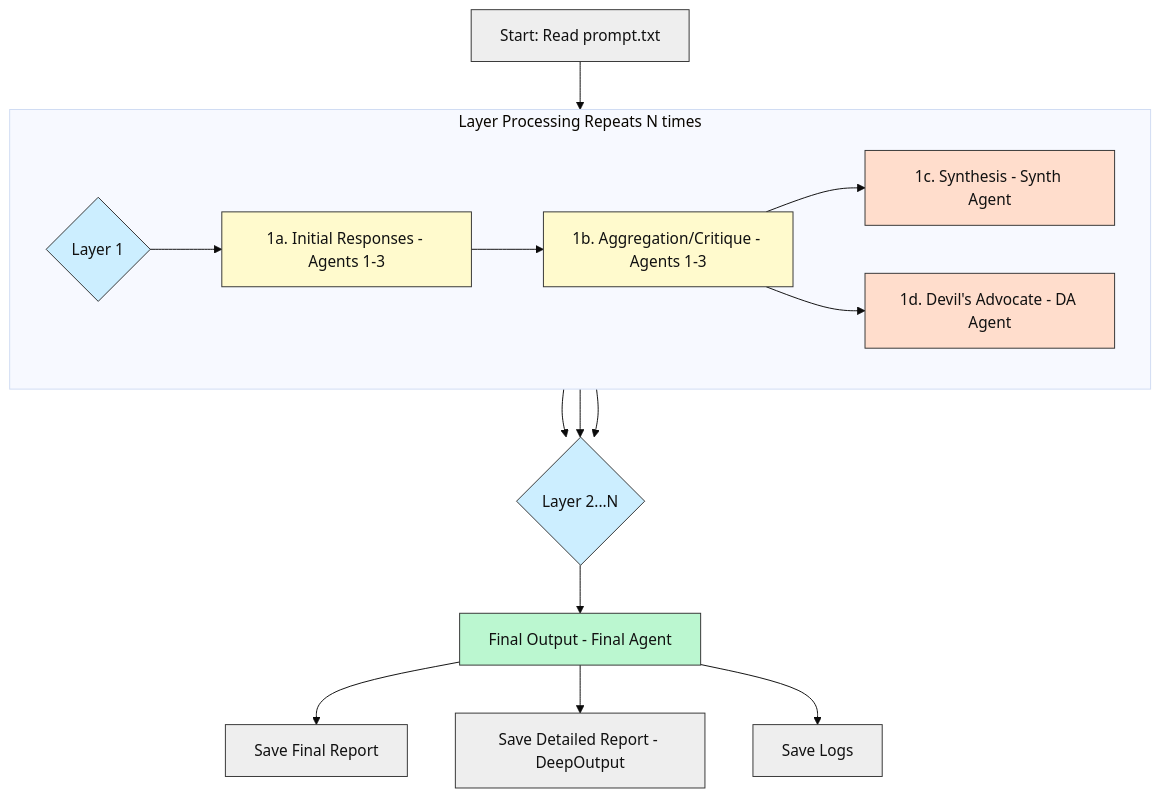
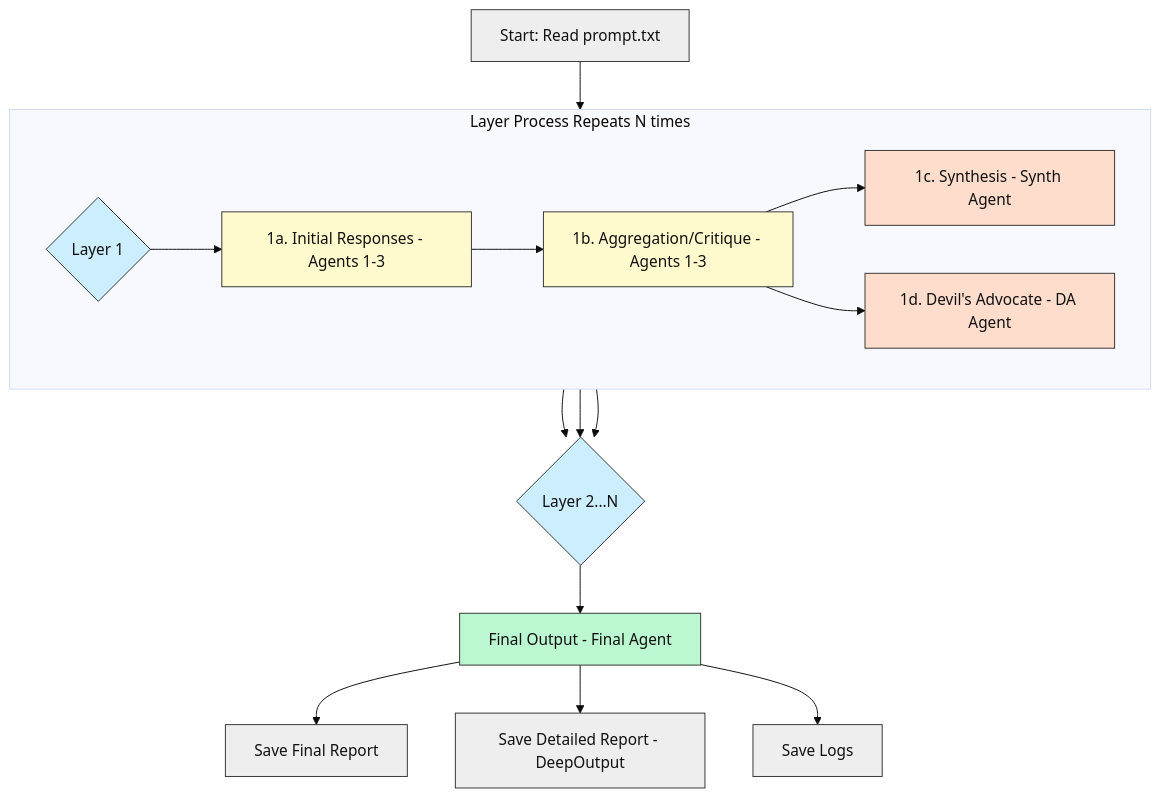
Before and after one commit to Mindrocket42/MOA-DeepOutputs: the first of 2 diagrams in README.md, drawn with Mermaid (base theme).

Commit message:
Update README.md
mermaid improvement

````diff
--- a/README.md
+++ b/README.md
@@ -164,55 +164,55 @@
 ```mermaid
 flowchart TD
 
     A[Start: Read prompt.txt] --> B{Layer 1};
 
-    subgraph Layer Processing Repeats N times
+    subgraph Layer Process Repeats N times
 
         direction LR
 
         B --> C[1a. Initial Responses - Agents 1-3];
 
         C --> D[1b. Aggregation/Critique - Agents 1-3];
 
         D --> E[1c. Synthesis - Synth Agent];
 
         D --> F[1d. Devil's Advocate - DA Agent];
 
     end
 
     B --> G{Layer 2...N};
 
     E --> G;
 
     F --> G;
 
     G --> H[Final Output - Final Agent];
 
     H --> I[Save Final Report];
 
     H --> J[Save Detailed Report - DeepOutput];
 
     H --> K[Save Logs];
 
     style A fill:#eeeeee,stroke:#333333,color:#111111
 
     style B fill:#cceeff,stroke:#333333,color:#111111
 
     style G fill:#cceeff,stroke:#333333,color:#111111
 
     style C fill:#fffacd,stroke:#333333,color:#111111
 
     style D fill:#fffacd,stroke:#333333,color:#111111
 
     style E fill:#ffddcc,stroke:#333333,color:#111111
 
     style F fill:#ffddcc,stroke:#333333,color:#111111
 
     style H fill:#bbf7d0,stroke:#333333,color:#111111
 
     style I fill:#eeeeee,stroke:#333333,color:#111111
 
     style J fill:#eeeeee,stroke:#333333,color:#111111
 
     style K fill:#eeeeee,stroke:#333333,color:#111111
 ```
````
